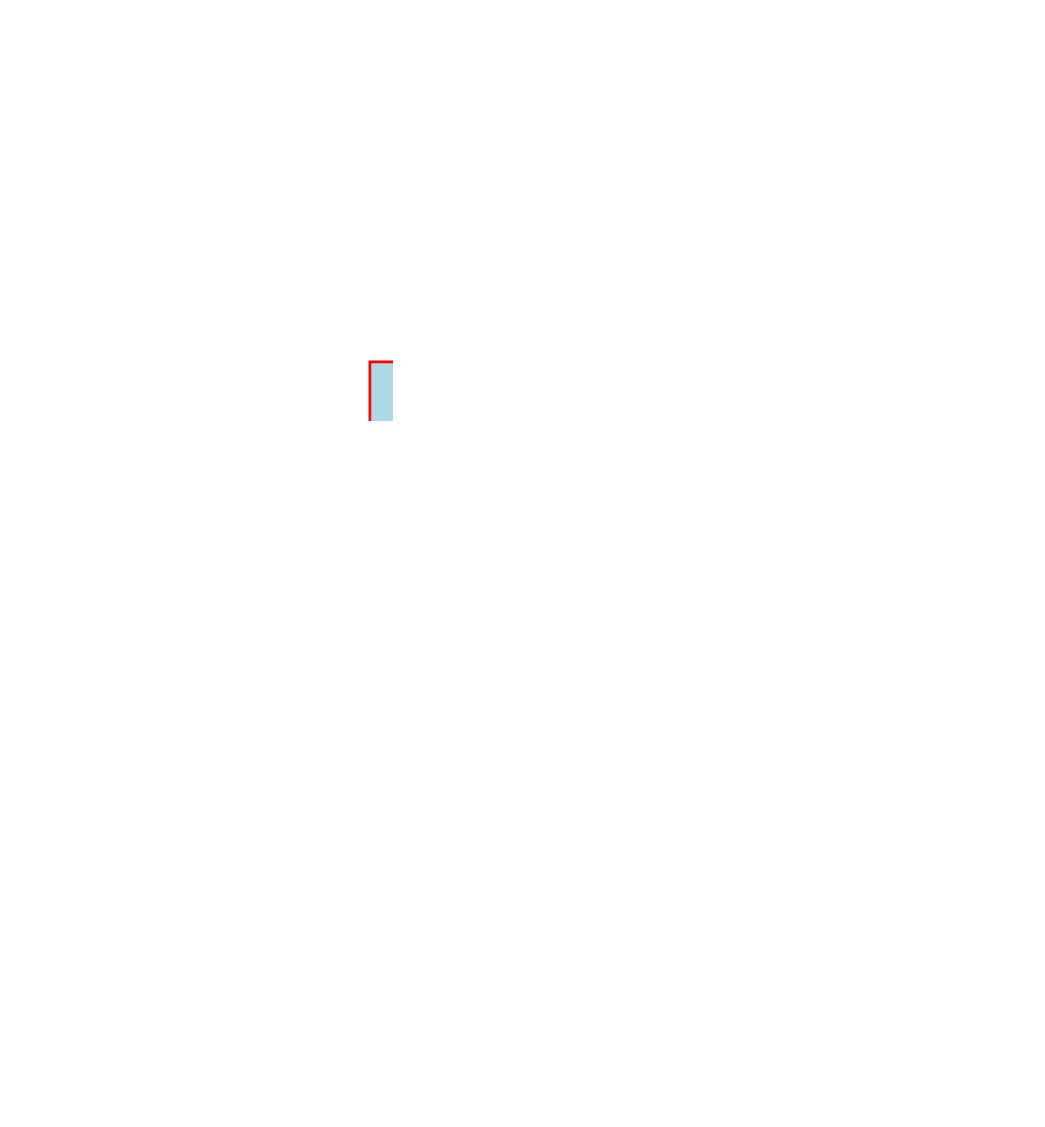
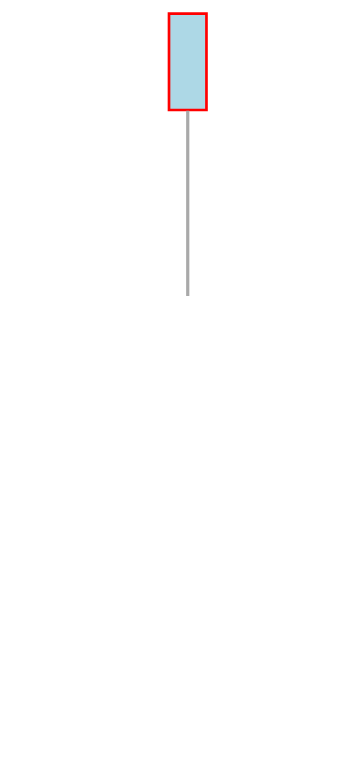
The diagram in data/graph.dot (dodokek/Derivative-Calculator), drawn with Graphviz before and after one commit. The commit also changed 4 other files, not shown here.

```diff
--- a/data/graph.dot
+++ b/data/graph.dot
@@ -1,37 +1,22 @@
 
     digraph g {
         dpi      = 200;
         fontname = "Comic Sans MS";
         fontsize = 20;
         rankdir   =  TB;
         edge [color = darkgrey, arrowhead = onormal, arrowsize = 1, penwidth = 1.2]
         graph[fillcolor = lightgreen, ranksep = 1.3, nodesep = 0.5,
         style = "rounded, filled",color = green, penwidth = 2]
 
-    Node0000021969e53f80[shape=rectangle, color="red", width=0.2, style="filled",fillcolor="lightblue", label="Animal"] 
+    Node00000187d74614a0[shape=rectangle, color="red", width=0.2, style="filled",fillcolor="lightblue", label=""] 
  
-Node0000021969e53940[shape=rectangle, color="red", width=0.2, style="filled",fillcolor="lightblue", label="Bebra"] 
+Node00000187d7461540[shape=rectangle, color="red", width=0.2, style="filled",fillcolor="lightblue", label="bebra"] 
  
-Node0000021969e7d860[shape=rectangle, color="red", width=0.2, style="filled",fillcolor="lightblue", label="TurboLol"] 
+Node00000187d74615e0[shape=rectangle, color="red", width=0.2, style="filled",fillcolor="lightblue", label="dick"] 
  
-Node0000021969e7d7d0[shape=rectangle, color="red", width=0.2, style="filled",fillcolor="lightblue", label="Kek"] 
+Node00000187d7461760[shape=rectangle, color="red", width=0.2, style="filled",fillcolor="lightblue", label="suck"] 
  
-Node0000021969e53970[shape=rectangle, color="red", width=0.2, style="filled",fillcolor="lightblue", label="Amongus"] 
- 
-Node0000021968697b10[shape=rectangle, color="red", width=0.2, style="filled",fillcolor="lightblue", label="Sus"] 
- 
-Node0000021968697bb0[shape=rectangle, color="red", width=0.2, style="filled",fillcolor="lightblue", label="NotBebra"] 
- 
-Node0000021968697c50[shape=rectangle, color="red", width=0.2, style="filled",fillcolor="lightblue", label="Sanya"] 
- 
-Node0000021968697cf0[shape=rectangle, color="red", width=0.2, style="filled",fillcolor="lightblue", label="Vlados"] 
- 
-Node0000021969e53f80->Node0000021969e53940
-Node0000021969e53940->Node0000021969e7d860
-Node0000021969e7d860->Node0000021969e7d7d0
-Node0000021969e7d860->Node0000021969e53970
-Node0000021969e53940->Node0000021968697b10
-Node0000021969e53f80->Node0000021968697bb0
-Node0000021968697bb0->Node0000021968697c50
-Node0000021968697bb0->Node0000021968697cf0
+Node00000187d74614a0->Node00000187d7461540
+Node00000187d7461540->Node00000187d74615e0
+Node00000187d7461540->Node00000187d7461760
 }
```
